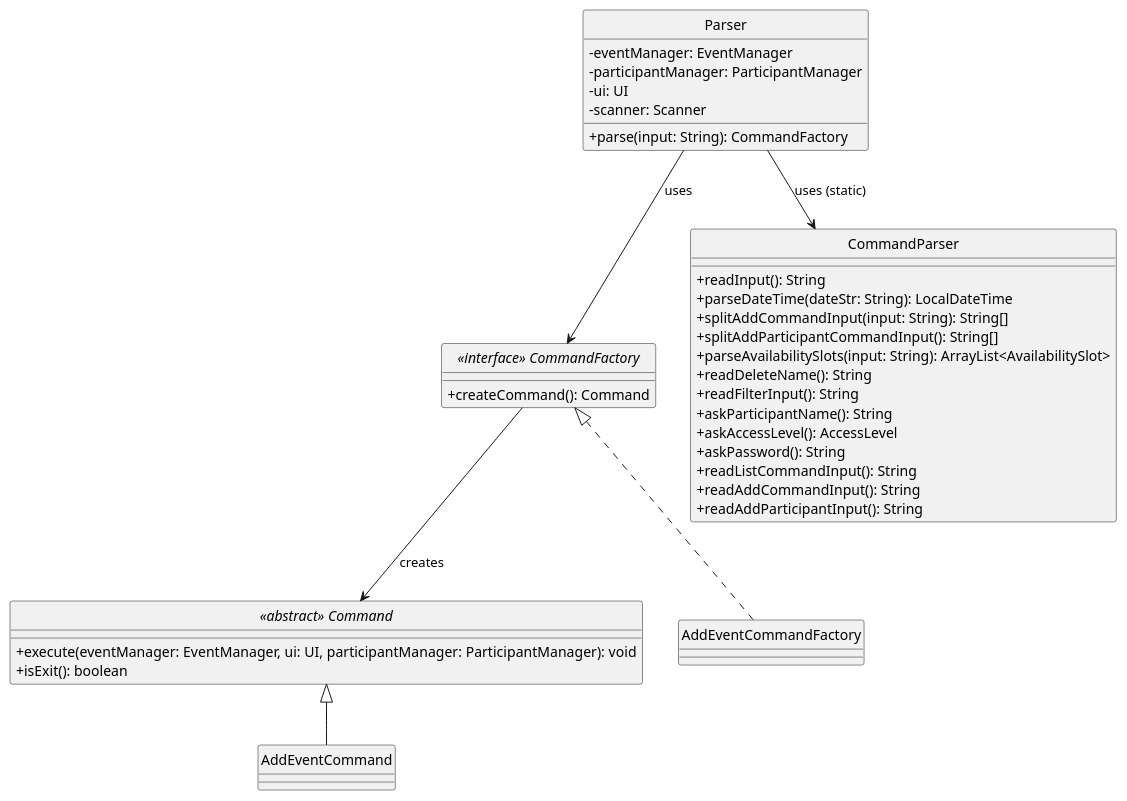
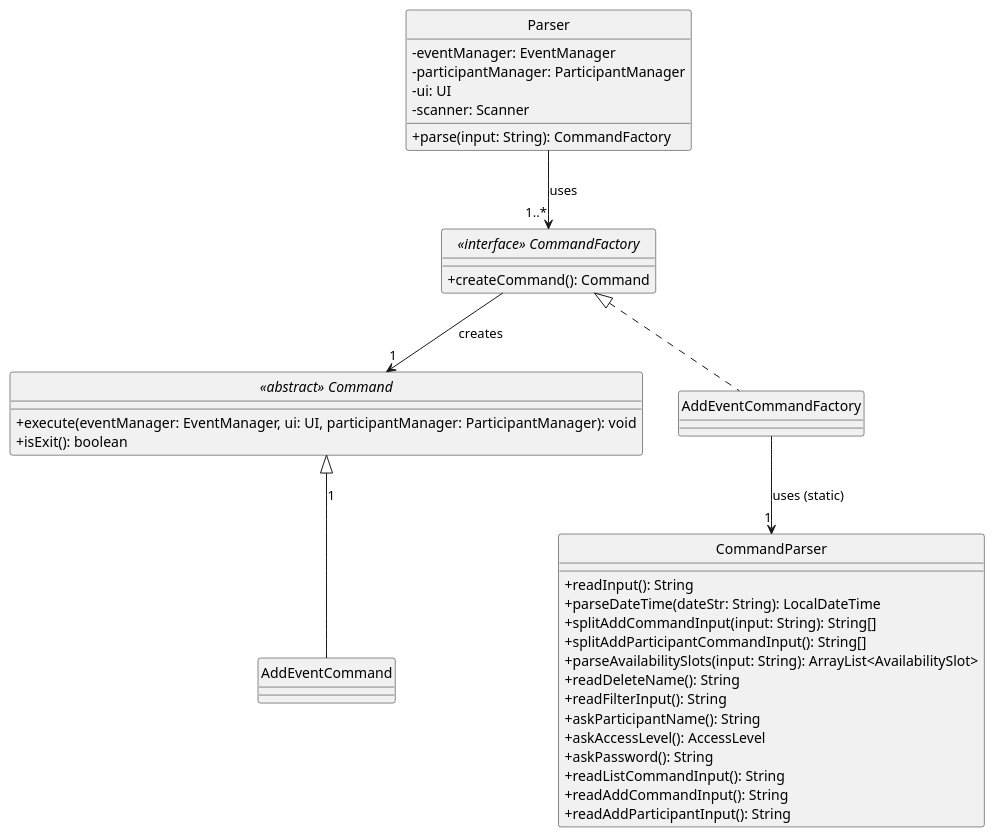
One commit to AY2425S2-CS2113-W13-2/tp changed the diagram in docs/graph/Parser/ParserCD.puml. Above: the diagram before and after it, drawn with PlantUML. The commit also changed 13 other files, not shown here.

```diff
--- a/docs/graph/Parser/ParserCD.puml
+++ b/docs/graph/Parser/ParserCD.puml
@@ -1,55 +1,55 @@
 @startuml
 ' === Style Settings ===
 hide circle
 skinparam classAttributeIconSize 0
 
 ' === Interfaces and Abstract Classes ===
 interface "«interface» CommandFactory" {
     +createCommand(): Command
 }
 
 abstract class "«abstract» Command" {
     +execute(eventManager: EventManager, ui: UI, participantManager: ParticipantManager): void
     +isExit(): boolean
 }
 
 ' === Core Parser Classes ===
 class Parser {
     - eventManager: EventManager
     - participantManager: ParticipantManager
     - ui: UI
     - scanner: Scanner
     + parse(input: String): CommandFactory
 }
 
 class CommandParser {
     + readInput(): String
     + parseDateTime(dateStr: String): LocalDateTime
     + splitAddCommandInput(input: String): String[]
     + splitAddParticipantCommandInput(): String[]
     + parseAvailabilitySlots(input: String): ArrayList<AvailabilitySlot>
     + readDeleteName(): String
     + readFilterInput(): String
     + askParticipantName(): String
     + askAccessLevel(): AccessLevel
     + askPassword(): String
     + readListCommandInput(): String
     + readAddCommandInput(): String
     + readAddParticipantInput(): String
 }
 
 ' === Concrete Command Classes ===
 class AddEventCommand
 
 ' === Concrete Command Factories ===
 class AddEventCommandFactory
 
 ' === Inheritance Relationships ===
-"«abstract» Command" <|-- AddEventCommand
+"«abstract» Command" <|-- AddEventCommand : 1
 "«interface» CommandFactory" <|.. AddEventCommandFactory
 
 ' === Associations ===
-Parser --> "«interface» CommandFactory" : uses
-Parser --> CommandParser : uses (static)
-"«interface» CommandFactory" --> "«abstract» Command" : creates
+Parser --> "1..*" "«interface» CommandFactory" : uses
+AddEventCommandFactory --> "1" CommandParser : uses (static)
+"«interface» CommandFactory" --> "1" "«abstract» Command" : creates
 @enduml
```
